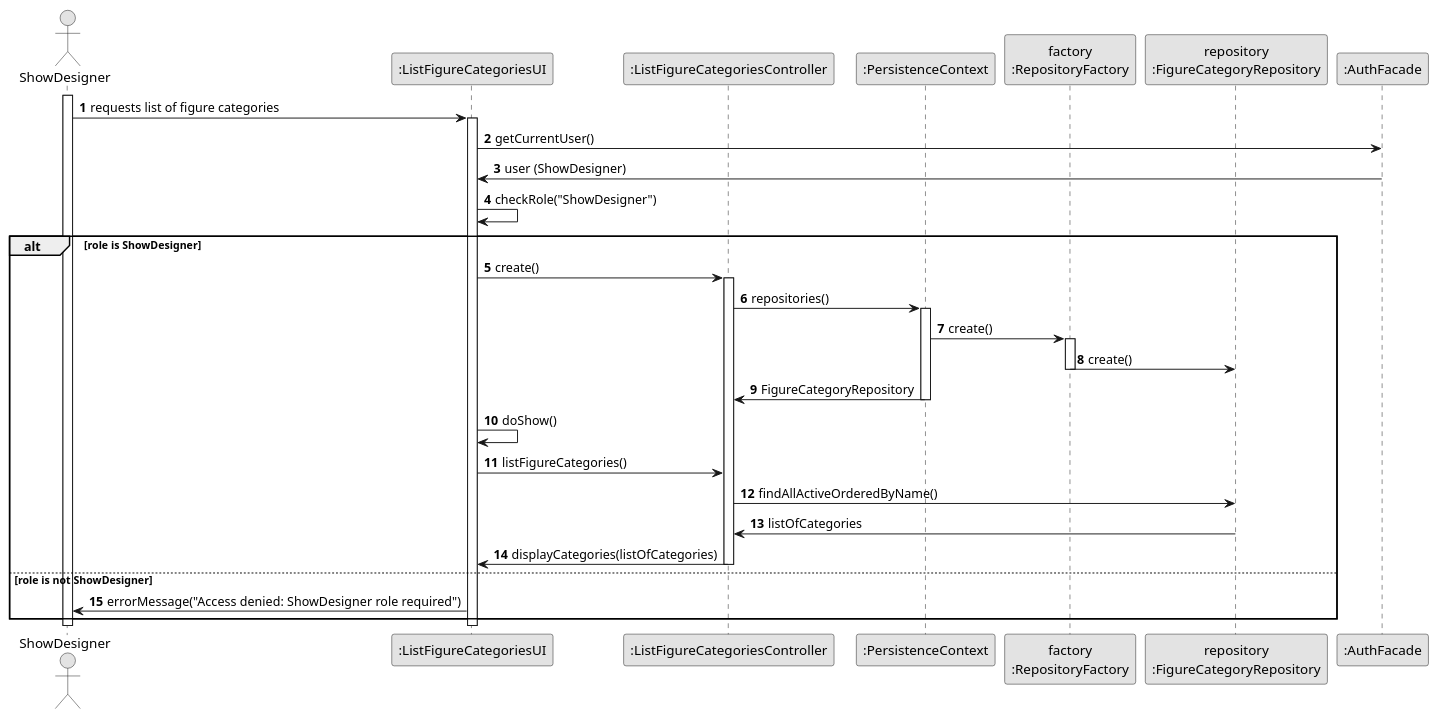
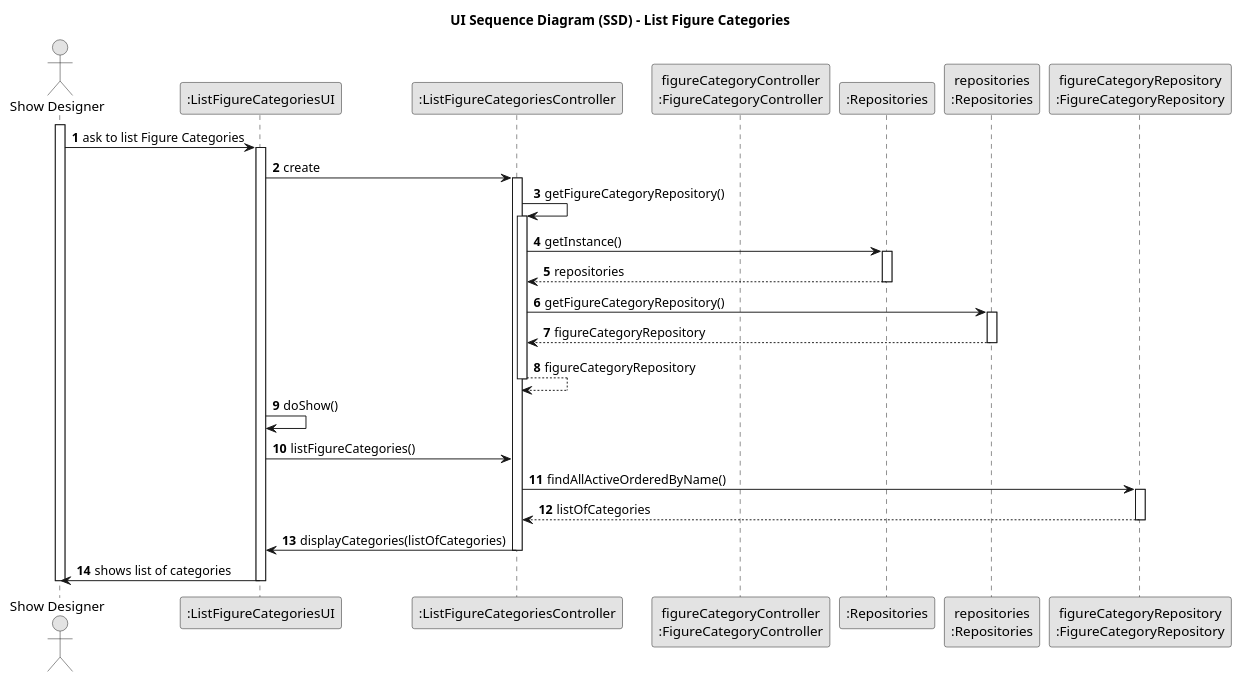
Before and after one commit to SAEmanuel/Shodrone_ISEP: the diagram in docs/planning/sprint2/EAPLI/US247 - List figure categories/03.design/puml/us247-sequence-diagram-full.puml, drawn with PlantUML.

Commit message:
us247: add detailed UI sequence diagram (SSD) in PlantUML
Added a detailed PlantUML sequence diagram for US247 (List Figure Categories), following the UI and persistence interaction style used in the project.

Related to: #1/#25/#37

```diff
--- a/docs/planning/sprint2/EAPLI/US247 - List figure categories/03.design/puml/us247-sequence-diagram-full.puml
+++ b/docs/planning/sprint2/EAPLI/US247 - List figure categories/03.design/puml/us247-sequence-diagram-full.puml
@@ -1,52 +1,60 @@
 @startuml
 skinparam monochrome true
 skinparam packageStyle rectangle
 skinparam shadowing false
 
+title UI Sequence Diagram (SSD) - List Figure Categories
+
 autonumber
 
-actor "ShowDesigner" as ACTOR
+actor "Show Designer" as showDesigner
 participant ":ListFigureCategoriesUI" as UI
 participant ":ListFigureCategoriesController" as CTRL
-participant ":PersistenceContext" as PC
-participant "factory\n:RepositoryFactory" as FACTORY_INSTANCE
-participant "repository\n:FigureCategoryRepository" as REPO
-participant ":AuthFacade" as AuthFacade
+participant "figureCategoryController\n:FigureCategoryController" as catCtrl
+participant ":Repositories" as RepositorySingleton
+participant "repositories\n:Repositories" as PLAT
+participant "figureCategoryRepository\n:FigureCategoryRepository" as catRepo
 
-activate ACTOR
+activate showDesigner
 
-ACTOR -> UI : requests list of figure categories
+    showDesigner -> UI : ask to list Figure Categories
+    activate UI
 
-activate UI
-UI -> AuthFacade: getCurrentUser()
-AuthFacade -> UI: user (ShowDesigner)
-UI -> UI: checkRole("ShowDesigner")
-alt role is ShowDesigner
-    UI -> CTRL : create()
+    UI -> CTRL : create
+    activate CTRL
 
-    activate CTRL
-    CTRL -> PC: repositories()
-    activate PC
-    PC -> FACTORY_INSTANCE: create()
-    activate FACTORY_INSTANCE
-    FACTORY_INSTANCE -> REPO: create()
-    deactivate FACTORY_INSTANCE
-    PC -> CTRL: FigureCategoryRepository
-    deactivate PC
+        CTRL -> CTRL : getFigureCategoryRepository()
+        activate CTRL
 
-    UI -> UI: doShow()
+            CTRL -> RepositorySingleton : getInstance()
+            activate RepositorySingleton
 
-    UI -> CTRL: listFigureCategories()
-    CTRL -> REPO: findAllActiveOrderedByName()
-    REPO -> CTRL: listOfCategories
-    CTRL -> UI: displayCategories(listOfCategories)
+                RepositorySingleton --> CTRL: repositories
+            deactivate RepositorySingleton
+
+            CTRL -> PLAT : getFigureCategoryRepository()
+            activate PLAT
+
+                PLAT --> CTRL: figureCategoryRepository
+            deactivate PLAT
+            CTRL --> CTRL : figureCategoryRepository
+
+        deactivate CTRL
+
+        UI -> UI: doShow()
+
+        UI -> CTRL: listFigureCategories()
+        CTRL -> catRepo: findAllActiveOrderedByName()
+        activate catRepo
+            catRepo --> CTRL: listOfCategories
+        deactivate catRepo
+        CTRL -> UI: displayCategories(listOfCategories)
 
     deactivate CTRL
-else role is not ShowDesigner
-    UI -> ACTOR: errorMessage("Access denied: ShowDesigner role required")
-end
+
+    UI -> showDesigner : shows list of categories
 
 deactivate UI
-deactivate ACTOR
+deactivate showDesigner
 
 @enduml
```
